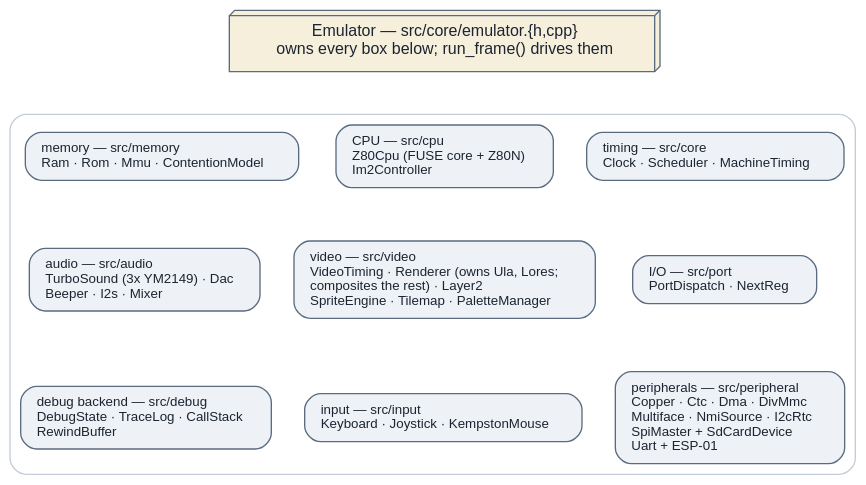
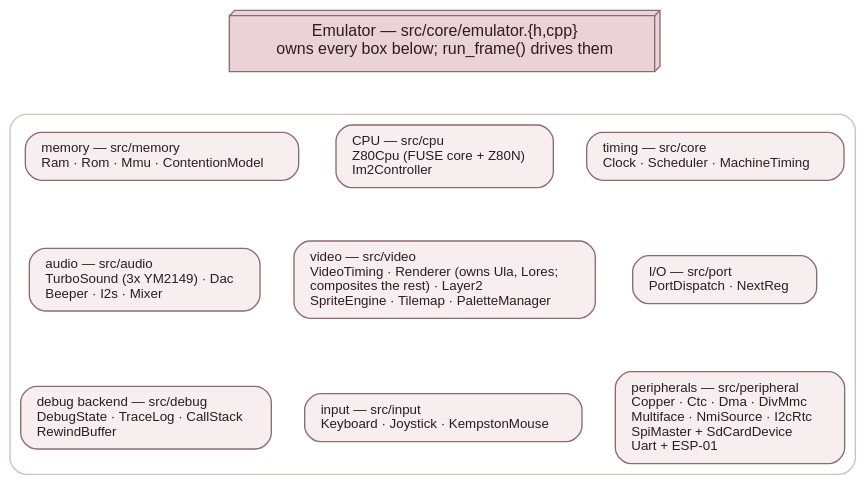
Before and after one commit to jorgegv/jnext: the diagram in src/doc/developer-guide/diagrams/core-subsystems.dot, drawn with Graphviz. The commit also changed 94 other files, not shown here.

First line of the commit message:
doc(devguide): owner review — motivation, gentler prose, red theme, orthogonal figures

```diff
--- a/src/doc/developer-guide/diagrams/core-subsystems.dot
+++ b/src/doc/developer-guide/diagrams/core-subsystems.dot
@@ -1,66 +1,68 @@
 // What the Emulator owns, grouped by the directory the class lives in.
 //
 // Rendered by `make docs-devguide-diagrams` into ../img/core-subsystems.svg,
 // which is COMMITTED. Edit this file, never the SVG.
 //
 // This is an OWNERSHIP map, not a call graph: every name below is a member of
 // Emulator (src/core/emulator.h), constructed and destroyed with it. It is
 // deliberately not exhaustive — the media loaders, the recorders and the
 // profiler are members too, and they live in chapters 3.8 and 3.9. Listing
 // every one of them turns a map into a wall.
 //
 // One node per GROUP rather than one node per class, and the members are in
 // the label: a cluster per group laid out either as a 340 x 2867 px column
 // (rankdir=LR) or a 4127 x 212 px strip (rankdir=TB), and neither is a figure
 // anyone can read inline.
 //
-// Palette note: light fills, dark labels, transparent canvas, so the figure
-// reads on both the light and the dark theme of the rendered guide.
+// Palette note: the page theme's pastel dark red family (see css/theme.css).
+// Light fills, dark labels, transparent canvas, so the figure reads on both
+// the light and the dark theme.
 digraph core_subsystems {
     bgcolor="transparent";
     rankdir=TB;
+    splines=ortho;
     fontname="Helvetica";
     ranksep=0.55;
     nodesep=0.35;
     node [shape=box, style="filled,rounded", fontname="Helvetica", fontsize=10,
-          fillcolor="#eef2f7", color="#5a6b80", fontcolor="#1b2430", margin="0.16,0.10"];
-    edge [color="#9aa8b8", arrowhead=none];
+          fillcolor="#f7eef0", color="#8c6b70", fontcolor="#2e1c1f", margin="0.16,0.10"];
+    edge [color="#b09296", arrowhead=none];
 
     emu [label="Emulator — src/core/emulator.{h,cpp}\nowns every box below; run_frame() drives them",
-         shape=box3d, style="filled", fillcolor="#f6efdc", fontsize=12, margin="0.25,0.14"];
+         shape=box3d, style="filled", fillcolor="#e9d3d6", fontsize=12, margin="0.25,0.14"];
 
     // One box round all nine, rather than nine edges from Emulator: drawing
     // the edges to row 1 only made it look as though row 1 were owned and the
     // other six were not.
     subgraph cluster_owned {
-        label=""; color="#c3ccd8"; style="rounded";
+        label=""; color="#d3bdc0"; style="rounded";
 
     time  [label="timing — src/core\lClock · Scheduler · MachineTiming\l"];
     cpu   [label="CPU — src/cpu\lZ80Cpu (FUSE core + Z80N)\lIm2Controller\l"];
     mem   [label="memory — src/memory\lRam · Rom · Mmu · ContentionModel\l"];
     io    [label="I/O — src/port\lPortDispatch · NextReg\l"];
     // Renderer owns Ula and Lores as members (renderer.h:517-518) and takes
     // Layer2, SpriteEngine, Tilemap and PaletteManager as PARAMETERS — they
     // are Emulator's own members, siblings of renderer_. In an ownership map
     // that distinction is the whole point, so keep Layer 2 out of the
     // parenthetical.
     video [label="video — src/video\lVideoTiming · Renderer (owns Ula, Lores;\lcomposites the rest) · Layer2\lSpriteEngine · Tilemap · PaletteManager\l"];
     audio [label="audio — src/audio\lTurboSound (3x YM2149) · Dac\lBeeper · I2s · Mixer\l"];
     per   [label="peripherals — src/peripheral\lCopper · Ctc · Dma · DivMmc\lMultiface · NmiSource · I2cRtc\lSpiMaster + SdCardDevice\lUart + ESP-01\l"];
     input [label="input — src/input\lKeyboard · Joystick · KempstonMouse\l"];
     debug [label="debug backend — src/debug\lDebugState · TraceLog · CallStack\lRewindBuffer\l"];
 
         // Three rows of three. The rank sets must live INSIDE the cluster: a
         // rank set declared outside it claims the nodes and graphviz then
         // empties the cluster ("already in a rankset, deleted from cluster").
         {rank=same; time; cpu; mem;}
         {rank=same; io; video; audio;}
         {rank=same; per; input; debug;}
     }
 
     // The invisible edges are what forces the grid; without them graphviz puts
     // all nine on one rank.
     emu -> {time cpu mem} [style=invis];
     time -> io [style=invis]; cpu -> video [style=invis]; mem -> audio [style=invis];
     io -> per [style=invis]; video -> input [style=invis]; audio -> debug [style=invis];
 }
```
